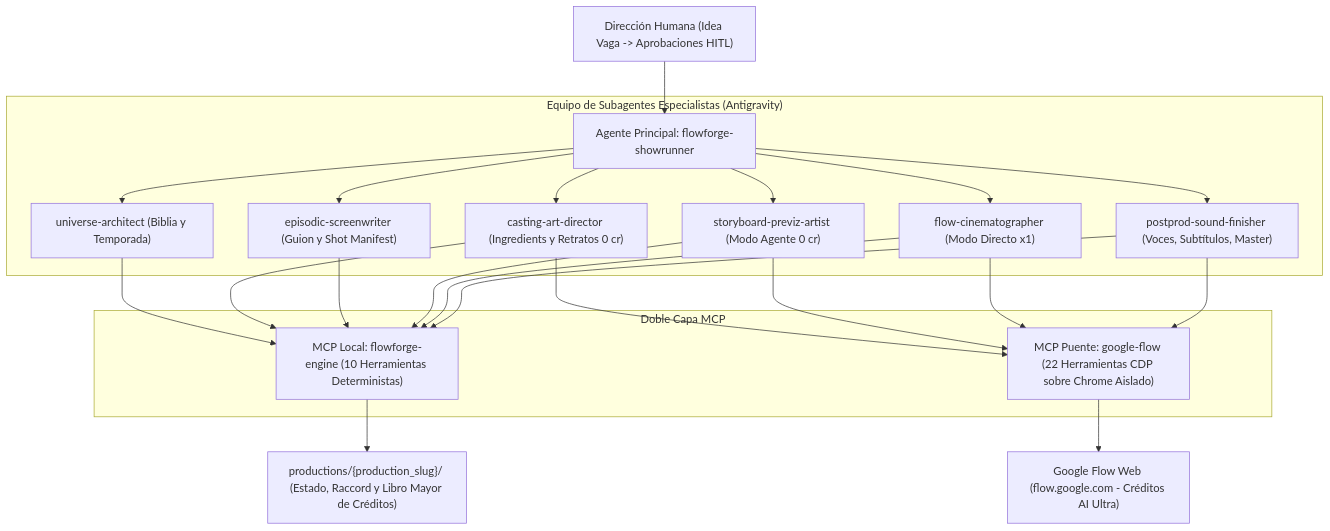
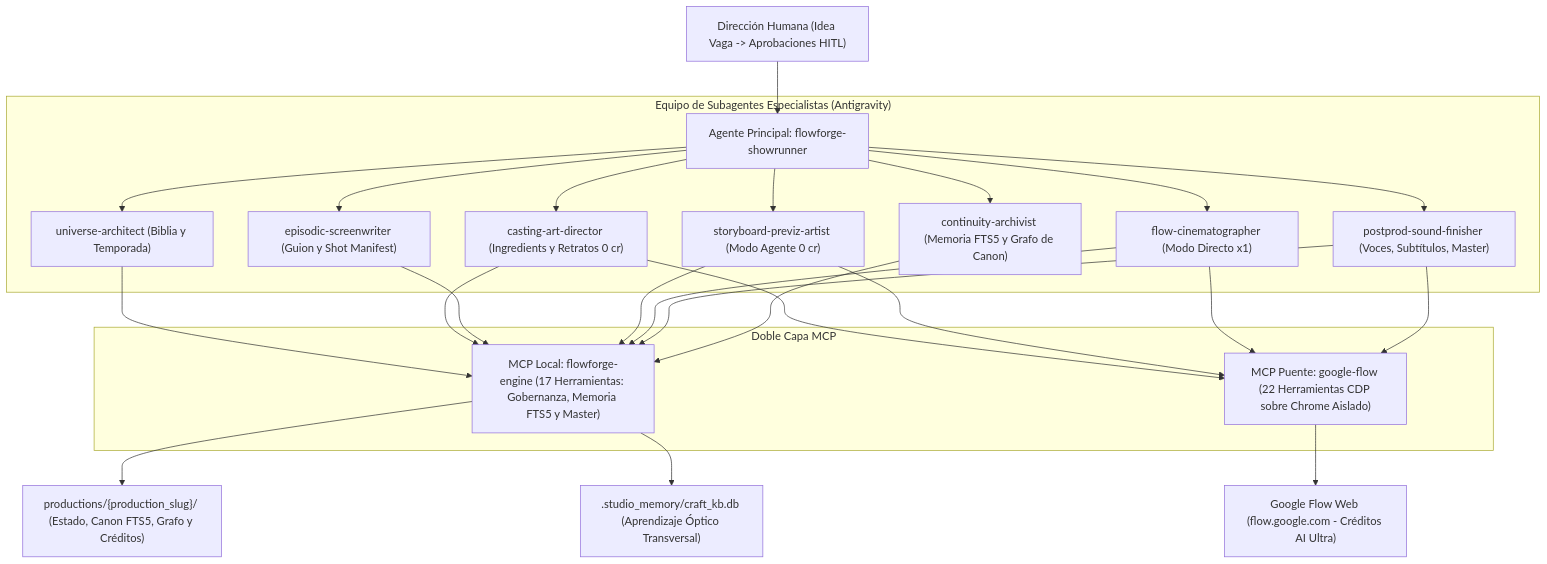
One commit to GabrielCruzSoto/flowforge-studio-framework changed the diagram in README.md. Above: the diagram before and after it, drawn with Mermaid. The commit also changed other lines of this file and 8 other files, not shown here.

Commit message:
feat(memory): add FTS5 BM25 indexer, canon knowledge graph, and craft kb

````diff
--- a/README.md
+++ b/README.md
@@ -9,23 +9,25 @@
 ```mermaid
 flowchart TD
     Director["Dirección Humana (Idea Vaga -> Aprobaciones HITL)"] --> Showrunner["Agente Principal: flowforge-showrunner"]
 
     subgraph Agents["Equipo de Subagentes Especialistas (Antigravity)"]
         Showrunner --> UA["universe-architect (Biblia y Temporada)"]
         Showrunner --> CAD["casting-art-director (Ingredients y Retratos 0 cr)"]
         Showrunner --> ESW["episodic-screenwriter (Guion y Shot Manifest)"]
         Showrunner --> SPA["storyboard-previz-artist (Modo Agente 0 cr)"]
         Showrunner --> DOP["flow-cinematographer (Modo Directo x1)"]
         Showrunner --> PPS["postprod-sound-finisher (Voces, Subtítulos, Master)"]
+        Showrunner --> CA["continuity-archivist (Memoria FTS5 y Grafo de Canon)"]
     end
 
     subgraph MCPLayer["Doble Capa MCP"]
-        EngineMCP["MCP Local: flowforge-engine (10 Herramientas Deterministas)"]
+        EngineMCP["MCP Local: flowforge-engine (17 Herramientas: Gobernanza, Memoria FTS5 y Master)"]
         BrowserMCP["MCP Puente: google-flow (22 Herramientas CDP sobre Chrome Aislado)"]
     end
 
-    UA & CAD & ESW & SPA & DOP & PPS --> EngineMCP
+    UA & CAD & ESW & SPA & DOP & PPS & CA --> EngineMCP
     CAD & SPA & DOP & PPS --> BrowserMCP
-    EngineMCP --> Cartridge["productions/{production_slug}/ (Estado, Raccord y Libro Mayor de Créditos)"]
+    EngineMCP --> Cartridge["productions/{production_slug}/ (Estado, Canon FTS5, Grafo y Créditos)"]
+    EngineMCP --> CraftKB[".studio_memory/craft_kb.db (Aprendizaje Óptico Transversal)"]
     BrowserMCP --> GoogleFlow["Google Flow Web (flow.google.com - Créditos AI Ultra)"]
 ```
````
